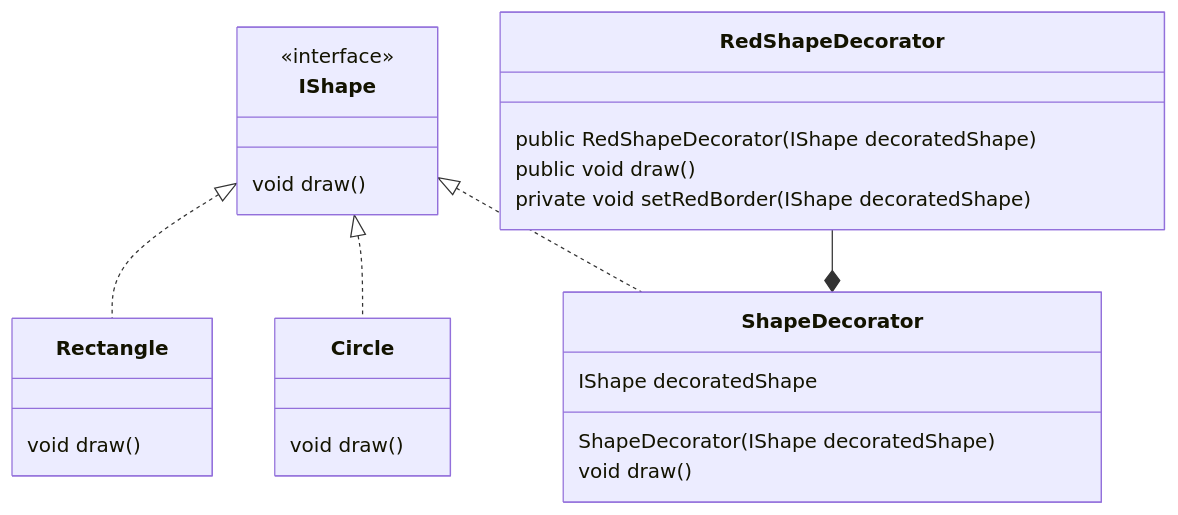
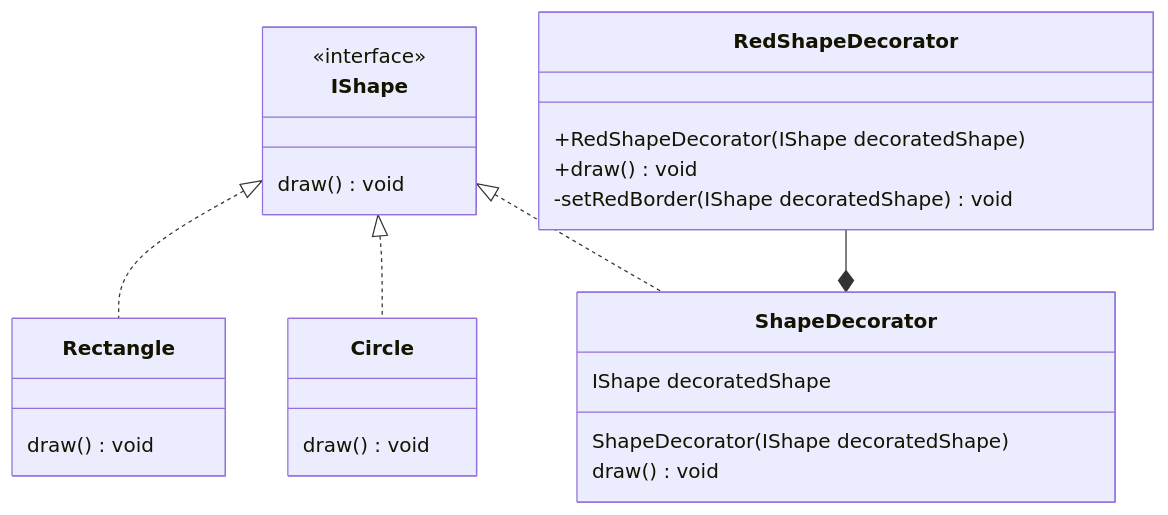
One commit to YanhuiJessica/2022-DTM-Public-YanhuiJessica changed the third of 6 diagrams in 0x02 设计模式/README.md. Above: the diagram before and after it, drawn with Mermaid. The commit also changed other lines of this file and 11 other files, not shown here.

````diff
--- a/0x02 设计模式/README.md
+++ b/0x02 设计模式/README.md
@@ -130,32 +142,32 @@
 ```mermaid
 classDiagram
 IShape <|.. Rectangle
 IShape <|.. Circle
 IShape <|.. ShapeDecorator
 RedShapeDecorator --* ShapeDecorator
 
 class IShape {
 	<<interface>>
-	void draw()
+	draw() void
 }
 
 class Rectangle {
-	void draw()
+	draw() void
 }
 
 class Circle {
-	void draw()
+	draw() void
 }
 
 class ShapeDecorator {
 	IShape decoratedShape
 	ShapeDecorator(IShape decoratedShape)
-	void draw()
+	draw() void
 }
 
 class RedShapeDecorator {
-	public RedShapeDecorator(IShape decoratedShape)
-	public void draw()
-	private void setRedBorder(IShape decoratedShape)
+	+RedShapeDecorator(IShape decoratedShape)
+	+draw() void
+	-setRedBorder(IShape decoratedShape) void
 }
 ```
````
